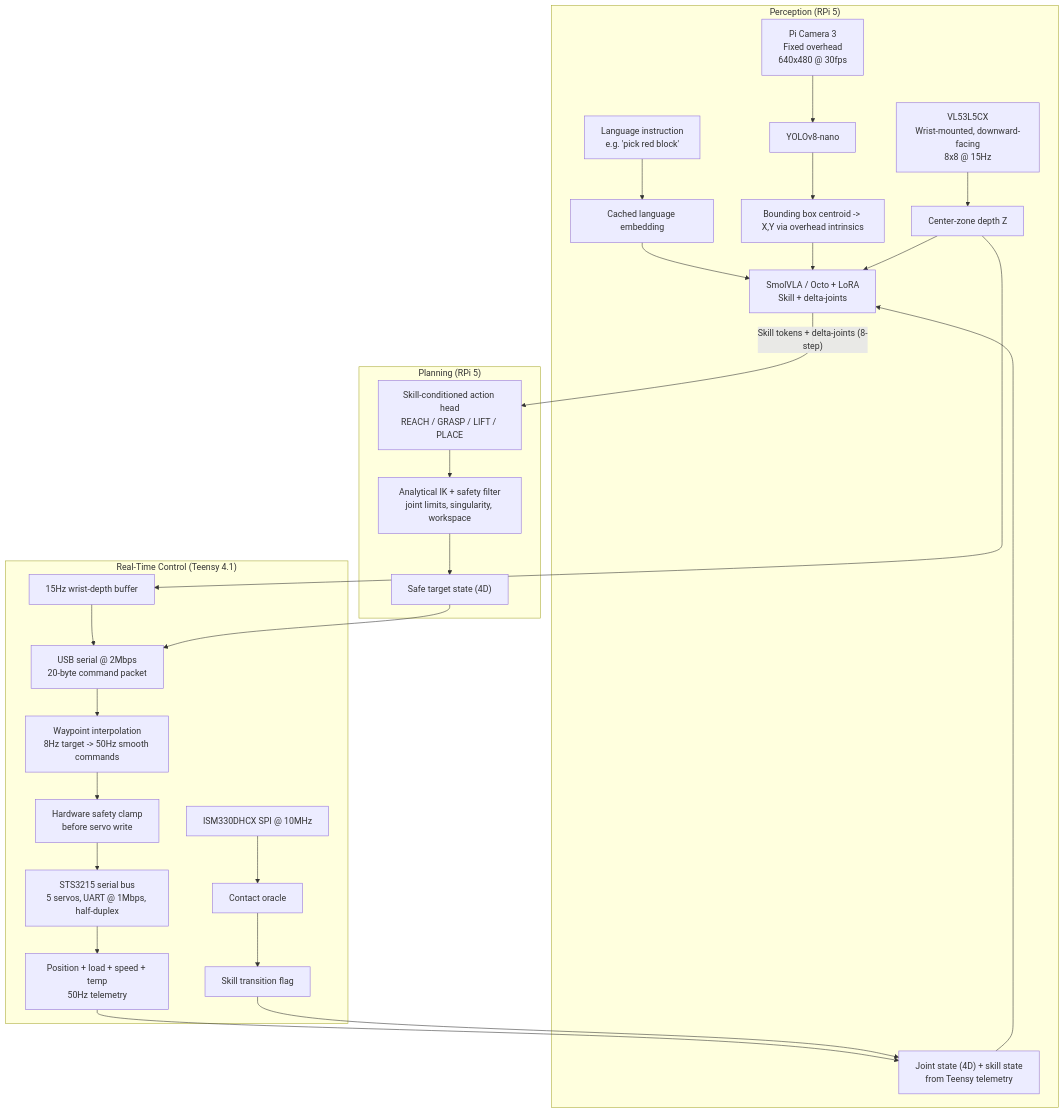
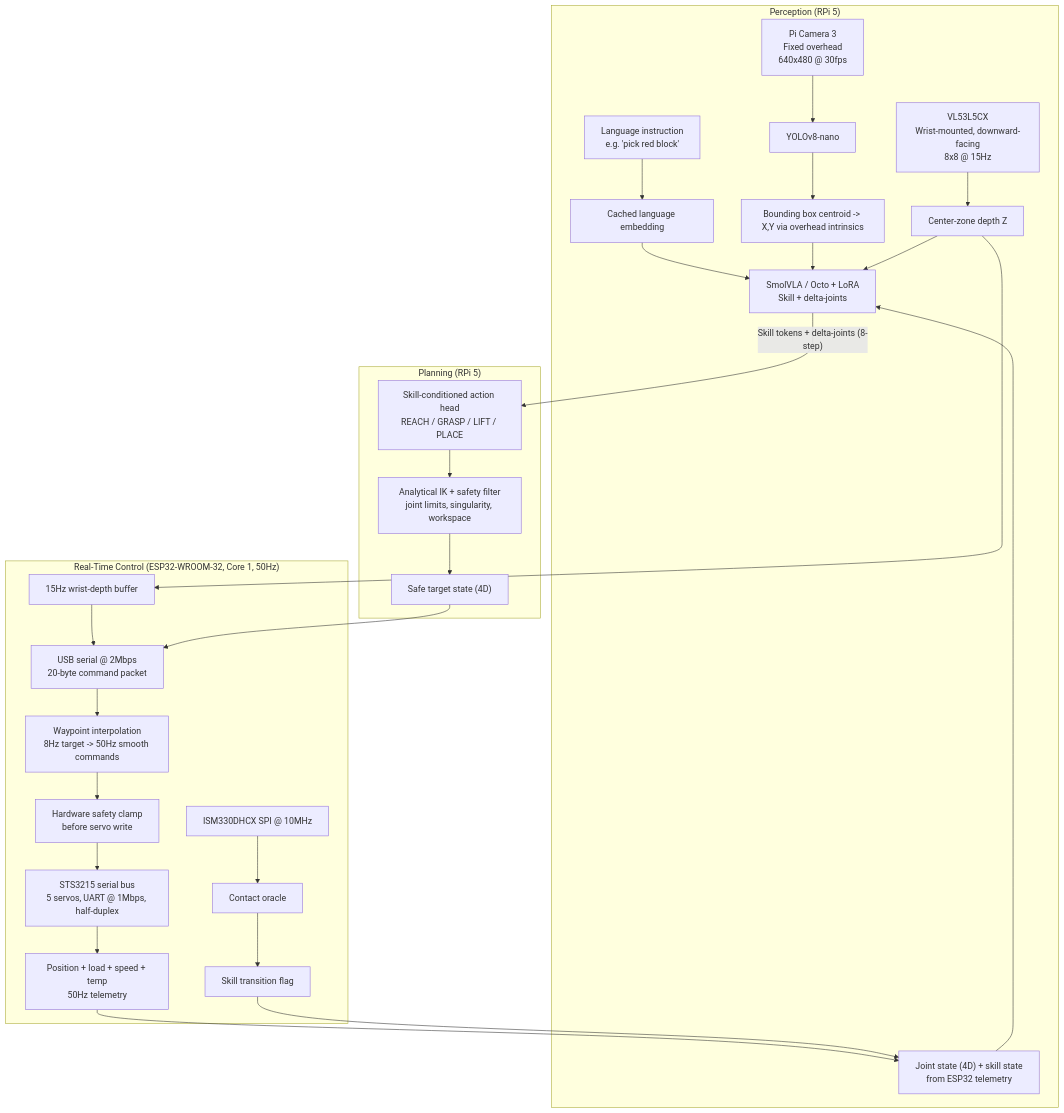
One commit to mohammedryn/VLA_Arm changed the first of 3 diagrams in VLA_Robotic_Arm_Project_Report_FINAL.md. Above: the diagram before and after it, drawn with Mermaid. The commit also changed other lines of this file and 2 other files, not shown here.

First line of the commit message:
Migrate MCU from Teensy 4.1 to ESP32-WROOM-32 across all docs

````diff
--- a/VLA_Robotic_Arm_Project_Report_FINAL.md
+++ b/VLA_Robotic_Arm_Project_Report_FINAL.md
@@ -188,52 +188,52 @@
 ```mermaid
 flowchart TB
     subgraph PERCEPTION["Perception (RPi 5)"]
         CAM["Pi Camera 3<br/>Fixed overhead<br/>640x480 @ 30fps"]
         YOLO["YOLOv8-nano"]
         XY["Bounding box centroid -> X,Y via overhead intrinsics"]
         TOF["VL53L5CX<br/>Wrist-mounted, downward-facing<br/>8x8 @ 15Hz"]
         Z["Center-zone depth Z"]
         LANG["Language instruction<br/>e.g. 'pick red block'"]
         EMB["Cached language embedding"]
         VLA["SmolVLA / Octo + LoRA<br/>Skill + delta-joints"]
-        STATE["Joint state (4D) + skill state<br/>from Teensy telemetry"]
+        STATE["Joint state (4D) + skill state<br/>from ESP32 telemetry"]
 
         CAM --> YOLO --> XY
         TOF --> Z
         LANG --> EMB --> VLA
         XY --> VLA
         Z --> VLA
         STATE --> VLA
     end
 
     subgraph PLANNING["Planning (RPi 5)"]
         SKILL["Skill-conditioned action head<br/>REACH / GRASP / LIFT / PLACE"]
         IK["Analytical IK + safety filter<br/>joint limits, singularity, workspace"]
         SAFE["Safe target state (4D)"]
 
         SKILL --> IK --> SAFE
     end
 
-    subgraph REALTIME["Real-Time Control (Teensy 4.1)"]
+    subgraph REALTIME["Real-Time Control (ESP32-WROOM-32, Core 1, 50Hz)"]
         USB["USB serial @ 2Mbps<br/>20-byte command packet"]
         INTERP["Waypoint interpolation<br/>8Hz target -> 50Hz smooth commands"]
         BUS["STS3215 serial bus<br/>5 servos, UART @ 1Mbps, half-duplex"]
         FEEDBACK["Position + load + speed + temp<br/>50Hz telemetry"]
         IMU["ISM330DHCX SPI @ 10MHz"]
         CONTACT["Contact oracle"]
         FLAG["Skill transition flag"]
         TOFBUF["15Hz wrist-depth buffer"]
         SAFETY["Hardware safety clamp<br/>before servo write"]
 
         USB --> INTERP --> SAFETY --> BUS
         BUS --> FEEDBACK
         IMU --> CONTACT --> FLAG
         TOFBUF --> USB
     end
 
     VLA -->|"Skill tokens + delta-joints (8-step)"| SKILL
     SAFE --> USB
     FEEDBACK --> STATE
     FLAG --> STATE
     Z --> TOFBUF
 ```
````
